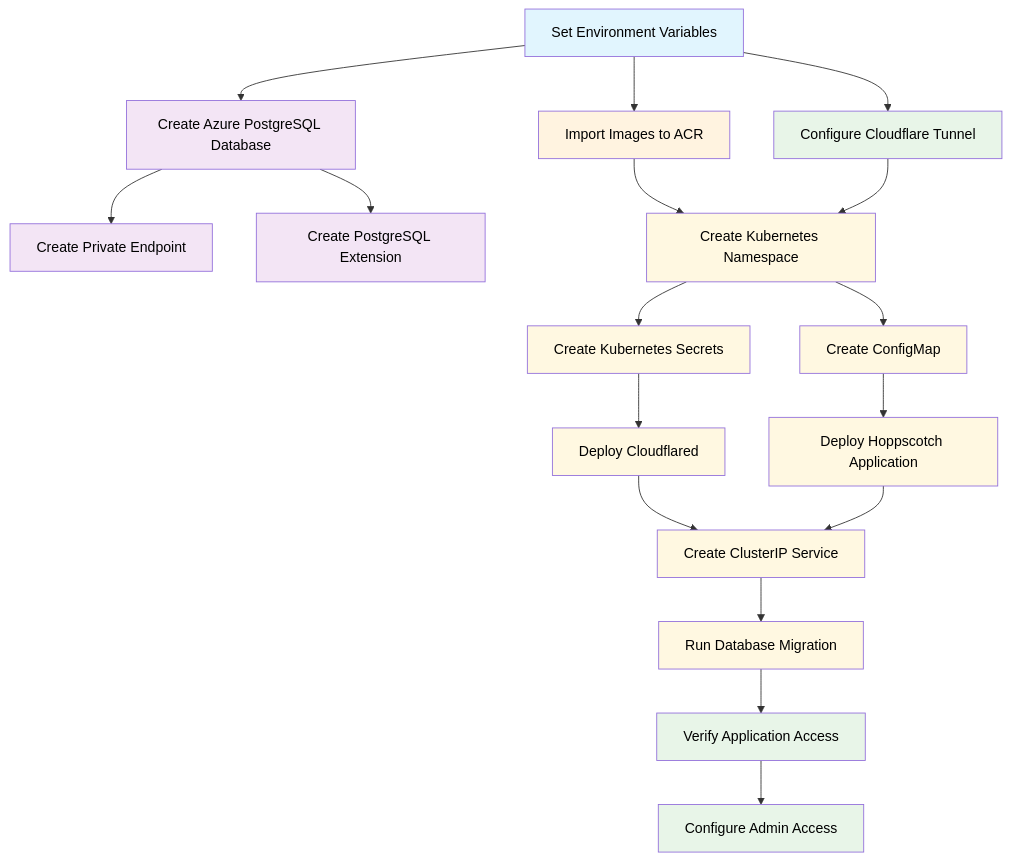
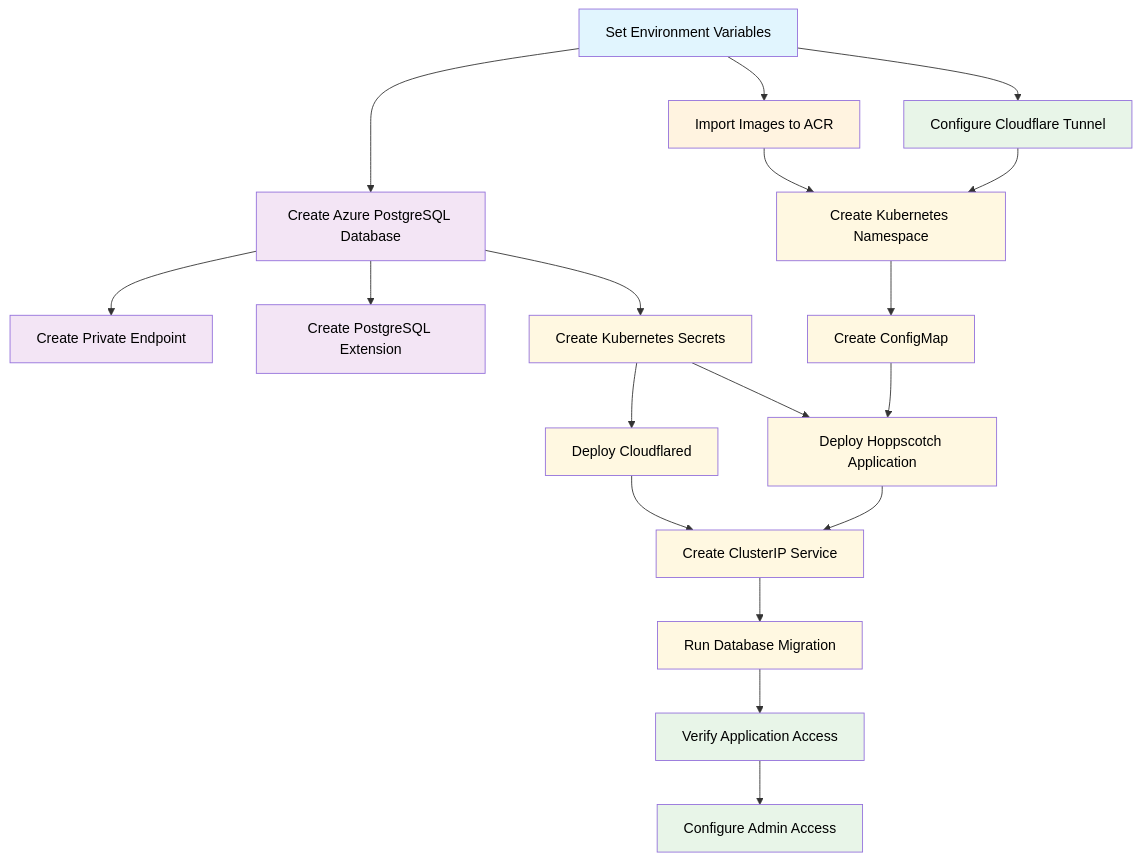
One commit to nocticdr/hoppscotch-selfhosted-aks changed the diagram in readme.md. Above: the diagram before and after it, drawn with Mermaid.

Commit message:
fix parallel execution flow

````diff
--- a/readme.md
+++ b/readme.md
@@ -15,41 +15,42 @@
 ```mermaid
 flowchart TD
     A[Set Environment Variables] --> B[Create Azure PostgreSQL Database]
     A --> D[Import Images to ACR]
     A --> F[Configure Cloudflare Tunnel]
     
     B --> C[Create Private Endpoint]
     B --> E[Create PostgreSQL Extension]
+    B --> H[Create Kubernetes Secrets]
     
     D --> G[Create Kubernetes Namespace]
     F --> G
     
-    G --> H[Create Kubernetes Secrets]
     G --> I[Create ConfigMap]
     
     H --> J[Deploy Cloudflared]
     I --> K[Deploy Hoppscotch Application]
+    H --> K
     
     J --> L[Create ClusterIP Service]
     K --> L
     
     L --> M[Run Database Migration]
     M --> N[Verify Application Access]
     N --> O[Configure Admin Access]
     
     style A fill:#e1f5fe,color:#000000
     style B fill:#f3e5f5,color:#000000
     style C fill:#f3e5f5,color:#000000
     style D fill:#fff3e0,color:#000000
     style E fill:#f3e5f5,color:#000000
     style F fill:#e8f5e8,color:#000000
     style G fill:#fff8e1,color:#000000
     style H fill:#fff8e1,color:#000000
     style I fill:#fff8e1,color:#000000
     style J fill:#fff8e1,color:#000000
     style K fill:#fff8e1,color:#000000
     style L fill:#fff8e1,color:#000000
     style M fill:#fff8e1,color:#000000
     style N fill:#e8f5e8,color:#000000
     style O fill:#e8f5e8,color:#000000
 ```
````
